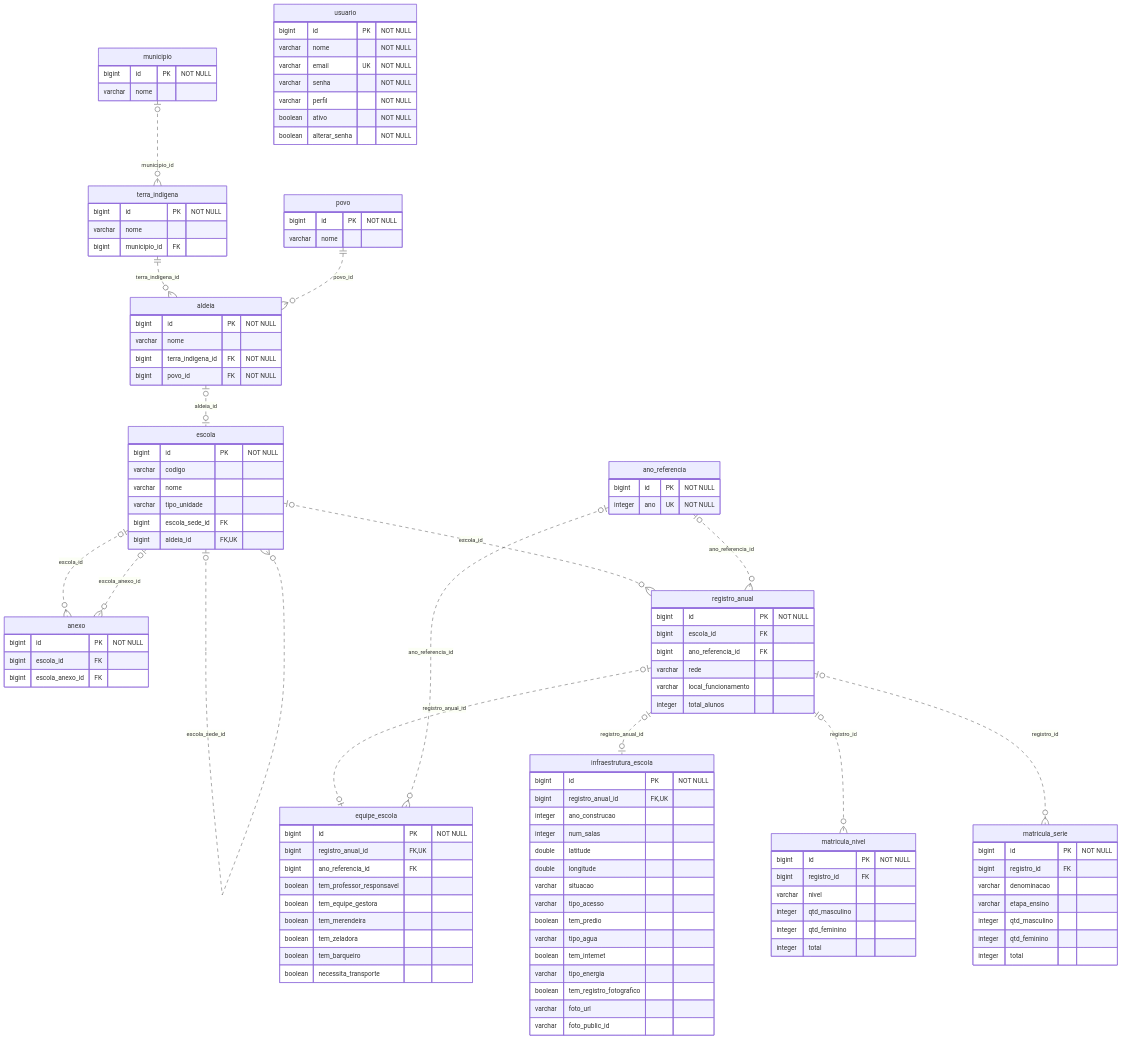
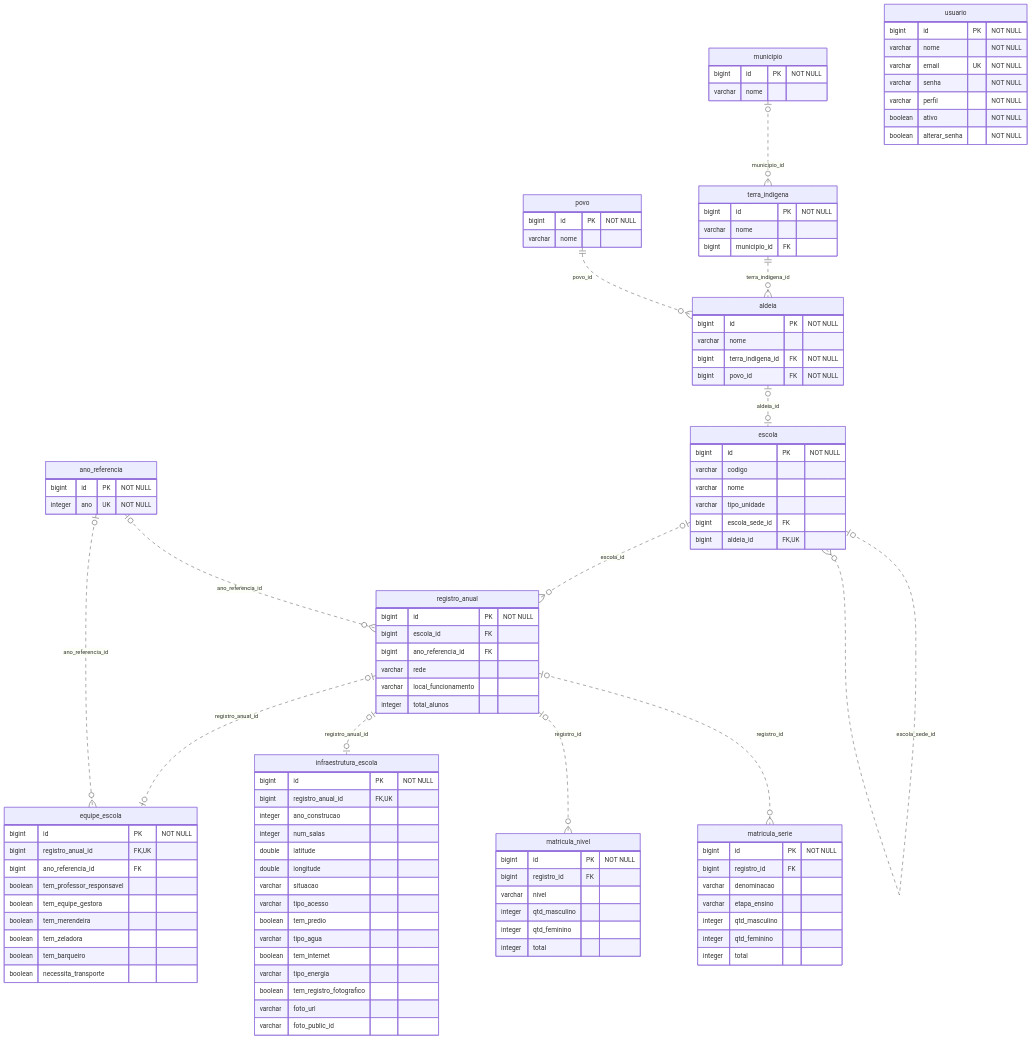
Before and after one commit to euzebio-chokolate/SIGEI: the diagram in sigei-backend/docs/MODELO_ER.md, drawn with Mermaid. The commit also changed other lines of this file and 22 other files, not shown here.

First line of the commit message:
Unifica o vínculo escola-sede/anexo em escola.escola_sede_id

```diff
--- a/sigei-backend/docs/MODELO_ER.md
+++ b/sigei-backend/docs/MODELO_ER.md
@@ -13,11 +13,6 @@
         varchar nome
         bigint terra_indigena_id FK "NOT NULL"
         bigint povo_id FK "NOT NULL"
-    }
-    anexo {
-        bigint id PK "NOT NULL"
-        bigint escola_id FK
-        bigint escola_anexo_id FK
     }
     ano_referencia {
         bigint id PK "NOT NULL"
@@ -108,8 +103,6 @@
     }
     terra_indigena ||..o{ aldeia : terra_indigena_id
     povo ||..o{ aldeia : povo_id
-    escola o|..o{ anexo : escola_id
-    escola o|..o{ anexo : escola_anexo_id
     registro_anual o|..o| equipe_escola : registro_anual_id
     ano_referencia o|..o{ equipe_escola : ano_referencia_id
     escola o|..o{ escola : escola_sede_id
```
